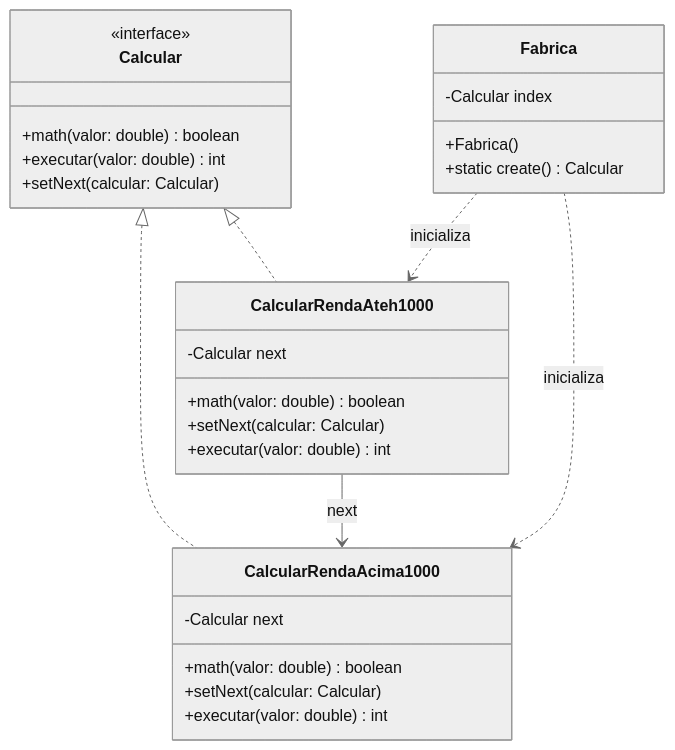
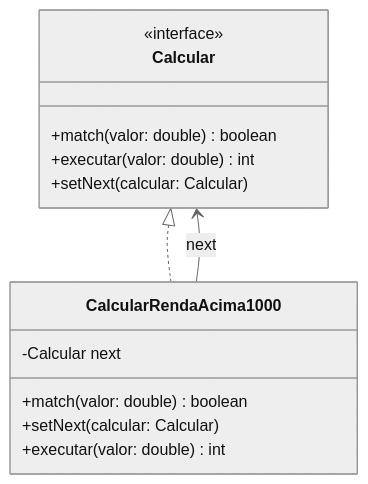
The second of 2 diagrams in designpatterns-behavioural.md (paulossjunior/auladesignpattern), drawn with Mermaid (neutral theme) before and after one commit. The commit also changed other lines of this file, not shown here.

````diff
--- a/designpatterns-behavioural.md
+++ b/designpatterns-behavioural.md
@@ -218,41 +159,17 @@
 ```mermaid
 classDiagram
-    %% Interface Calcular - Define métodos para a cadeia de responsabilidade
     class Calcular {
         <<interface>>
-        +math(valor: double) boolean
+        +match(valor: double) boolean
         +executar(valor: double) int
         +setNext(calcular: Calcular)
     }
-
-    %% Classe CalcularRendaAcima1000 - Implementa Calcular para valores acima de 1000
     class CalcularRendaAcima1000 {
         -Calcular next
-        +math(valor: double) boolean
+        +match(valor: double) boolean
         +setNext(calcular: Calcular)
         +executar(valor: double) int
     }
     Calcular <|.. CalcularRendaAcima1000
-
-    %% Classe CalcularRendaAteh1000 - Implementa Calcular para valores até 1000
-    class CalcularRendaAteh1000 {
-        -Calcular next
-        +math(valor: double) boolean
-        +setNext(calcular: Calcular)
-        +executar(valor: double) int
-    }
-    Calcular <|.. CalcularRendaAteh1000
-
-    %% Classe Fabrica - Cria a cadeia de responsabilidades para Calcular
-    class Fabrica {
-        -Calcular index
-        +Fabrica()
-        +static create() Calcular
-    }
-    
-    %% Relacionamento de Fabrica com os nós da cadeia
-    Fabrica ..> CalcularRendaAteh1000 : inicializa
-    Fabrica ..> CalcularRendaAcima1000 : inicializa
-    CalcularRendaAteh1000 --> CalcularRendaAcima1000 : next
-
+    CalcularRendaAcima1000 --> Calcular : next
 ```
````
